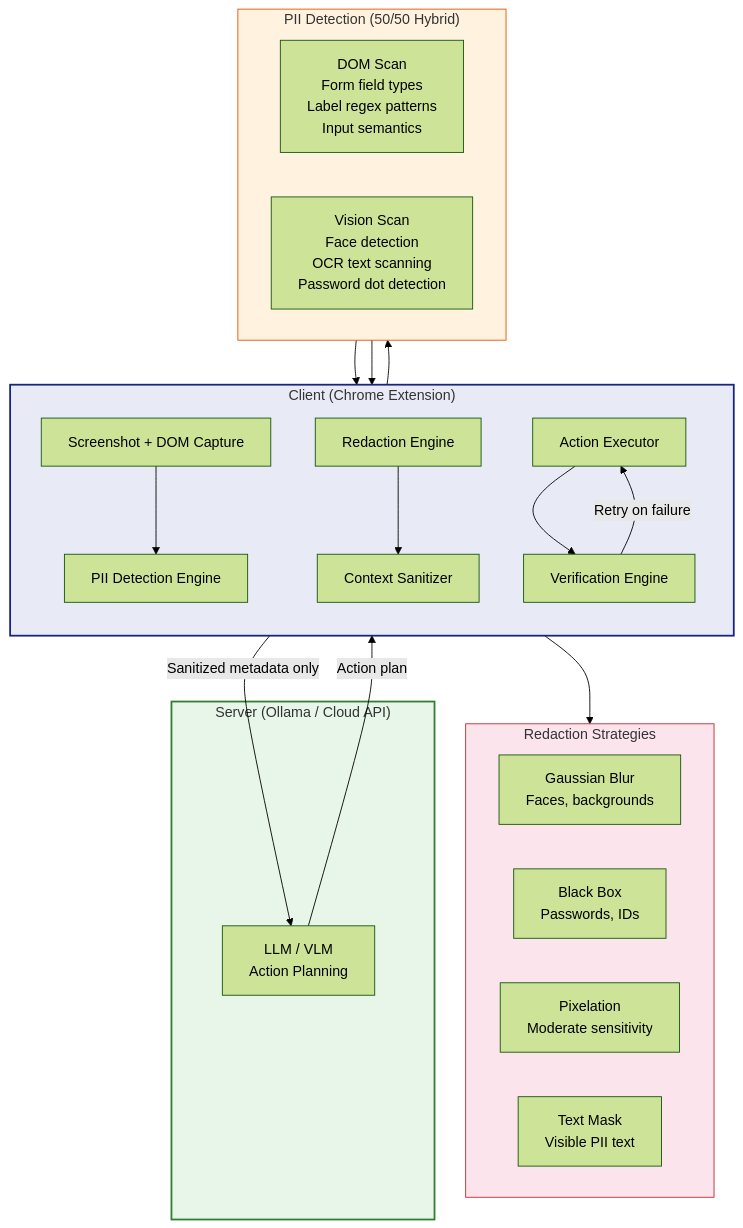
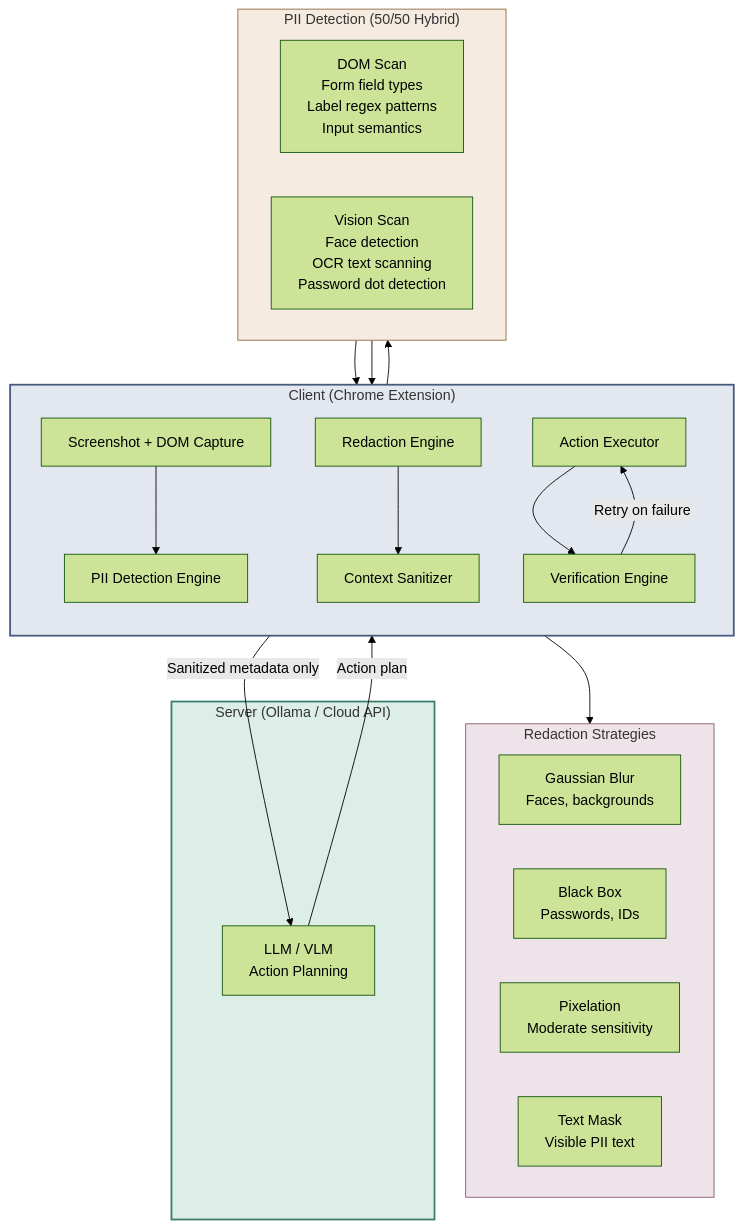
Before and after one commit to raidx545/super-agent: the first of 3 diagrams in README.md, drawn with Mermaid (forest theme). The commit also changed other lines of this file, not shown here.

Commit message:
fix: improve mermaid diagram color contrast for better readability
Replace oversaturated pastel fills with muted, distinct tones so
each section is visually clear without colors overshadowing each other.

🤖 Generated with Codebuff

````diff
--- a/README.md
+++ b/README.md
@@ -46,46 +46,46 @@
 ```mermaid
 flowchart TB
     subgraph Client["Client (Chrome Extension)"]
         direction TB
         CAPTURE["Screenshot + DOM Capture"]
         PII_DETECT["PII Detection Engine"]
         REDACT["Redaction Engine"]
         SANITIZE["Context Sanitizer"]
         EXECUTE["Action Executor"]
         VERIFY["Verification Engine"]
     end
 
     subgraph PII["PII Detection (50/50 Hybrid)"]
         direction LR
         DOM_SCAN["DOM Scan<br/>Form field types<br/>Label regex patterns<br/>Input semantics"]
         VISION_SCAN["Vision Scan<br/>Face detection<br/>OCR text scanning<br/>Password dot detection"]
     end
 
     subgraph RedactStrategies["Redaction Strategies"]
         direction LR
         BLUR["Gaussian Blur<br/>Faces, backgrounds"]
         BLACKBOX["Black Box<br/>Passwords, IDs"]
         PIXEL["Pixelation<br/>Moderate sensitivity"]
         MASK["Text Mask<br/>Visible PII text"]
     end
 
     subgraph Server["Server (Ollama / Cloud API)"]
         LLM["LLM / VLM<br/>Action Planning"]
     end
 
     CAPTURE --> PII_DETECT
     PII_DETECT --> PII
     DOM_SCAN --> REDACT
     VISION_SCAN --> REDACT
     REDACT --> RedactStrategies
     REDACT --> SANITIZE
     SANITIZE -->|"Sanitized metadata only"| LLM
     LLM -->|"Action plan"| EXECUTE
     EXECUTE --> VERIFY
     VERIFY -->|"Retry on failure"| EXECUTE
 
-    style Client fill:#e8eaf6,stroke:#1a237e,stroke-width:2px
-    style Server fill:#e8f5e9,stroke:#2e7d32,stroke-width:2px
-    style PII fill:#fff3e0,stroke:#e65100,stroke-width:1px
-    style RedactStrategies fill:#fce4ec,stroke:#c62828,stroke-width:1px
+    style Client fill:#e3e8f0,stroke:#455a7c,stroke-width:2px
+    style Server fill:#dceee7,stroke:#3a7c6e,stroke-width:2px
+    style PII fill:#f5ebe0,stroke:#8a6c42,stroke-width:1px
+    style RedactStrategies fill:#ede3e8,stroke:#8a5a72,stroke-width:1px
 ```
````
